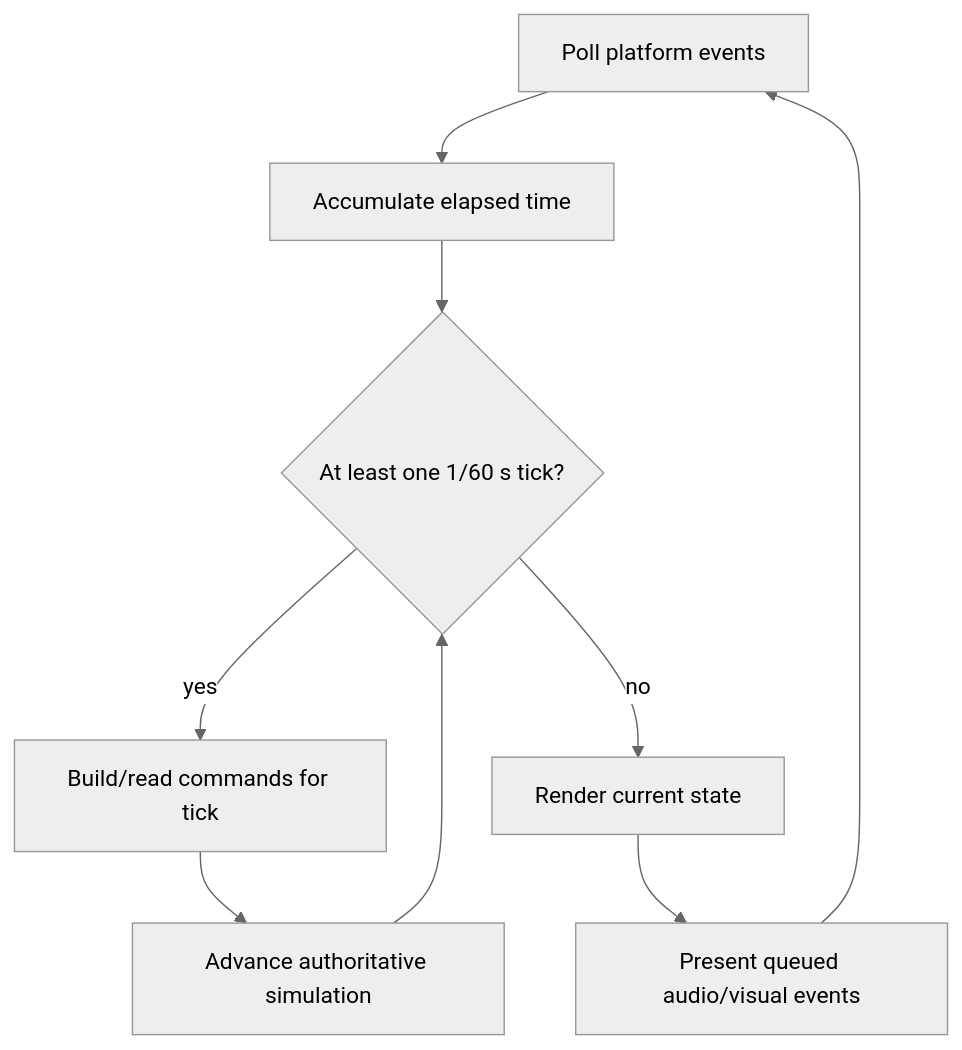
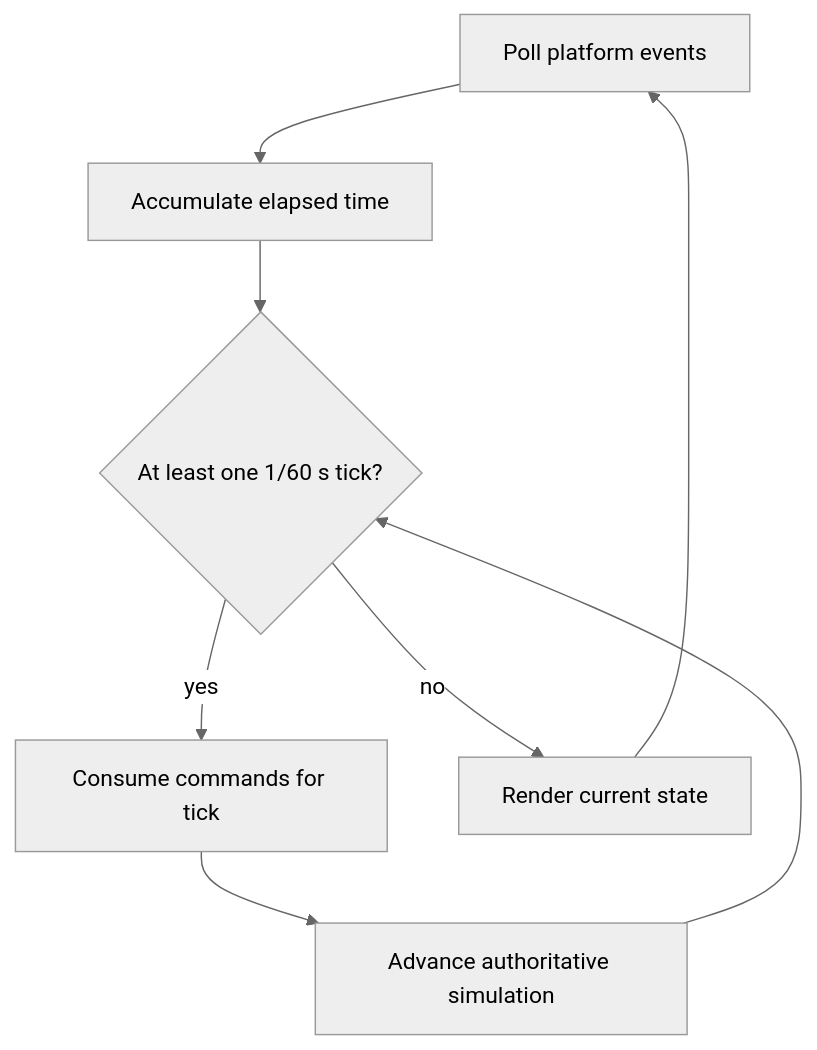
The second of 3 diagrams in docs/ARCHITECTURE.md (halfdimension/arena-clash), drawn with Mermaid (neutral theme) before and after one commit. The commit also changed other lines of this file and 17 other files, not shown here.

````diff
--- a/docs/ARCHITECTURE.md
+++ b/docs/ARCHITECTURE.md
@@ -56,11 +55,10 @@
 ```mermaid
 flowchart TD
     A[Poll platform events] --> B[Accumulate elapsed time]
     B --> C{At least one 1/60 s tick?}
-    C -- yes --> D[Build/read commands for tick]
+    C -- yes --> D[Consume commands for tick]
     D --> E[Advance authoritative simulation]
     E --> C
     C -- no --> F[Render current state]
-    F --> G[Present queued audio/visual events]
-    G --> A
+    F --> A
 ```
````
